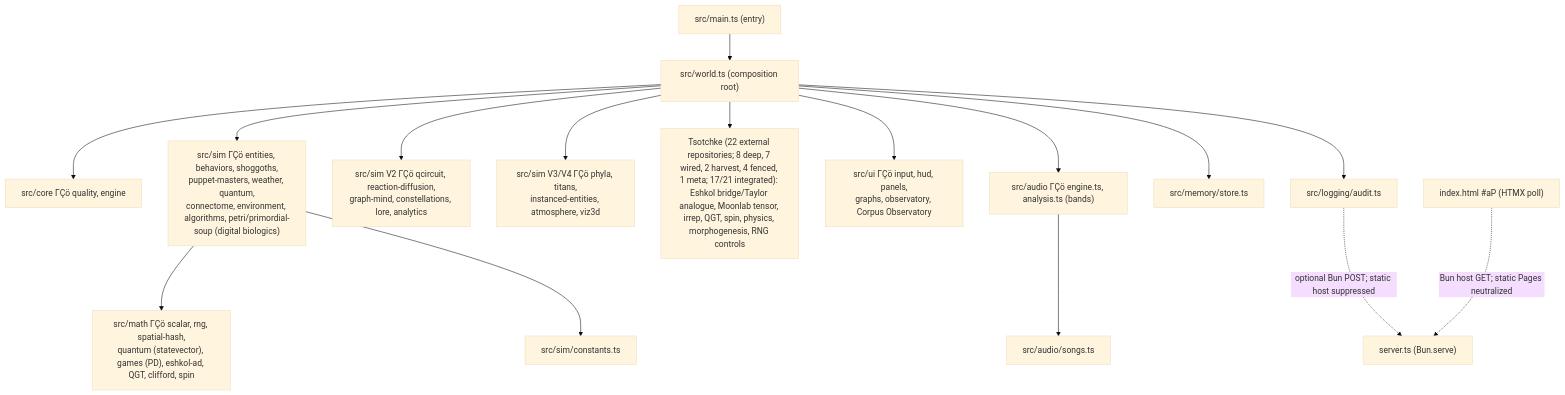
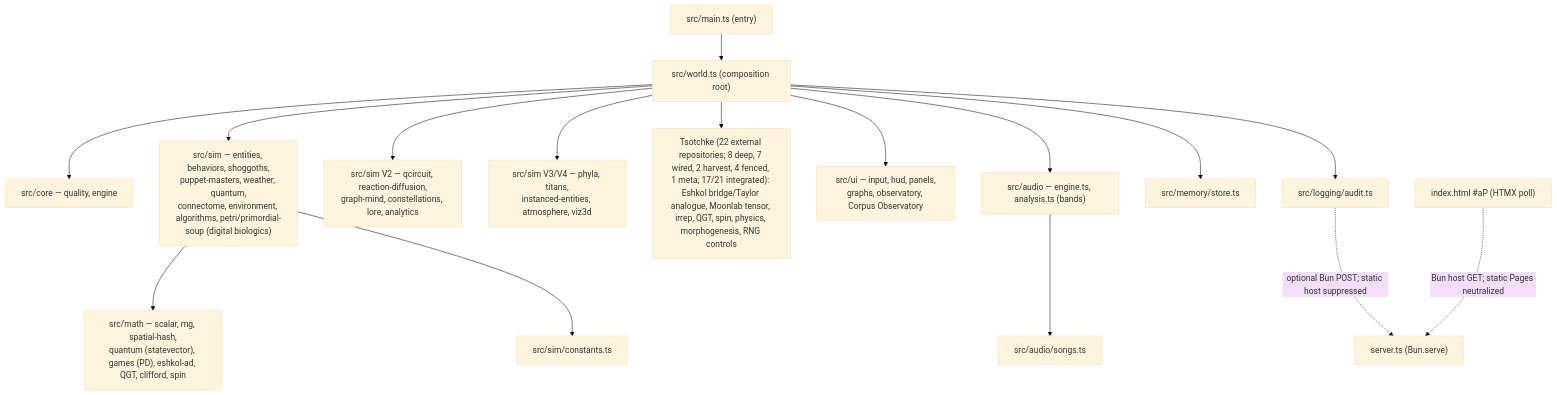
One commit to 0thernes/cosmogonic-quantum-mechalogodrom changed the diagram in README.md. Above: the diagram before and after it, drawn with Mermaid (base theme). The commit also changed other lines of this file and 5 other files, not shown here.

````diff
--- a/README.md
+++ b/README.md
@@ -590,18 +590,18 @@
 ```mermaid
 graph TD
   main["src/main.ts (entry)"] --> world["src/world.ts (composition root)"]
-  world --> core["src/core ΓÇö quality, engine"]
-  world --> sim["src/sim ΓÇö entities, behaviors, shoggoths,\npuppet-masters, weather, quantum,\nconnectome, environment, algorithms, petri/primordial-soup (digital biologics)"]
-  world --> v2["src/sim V2 ΓÇö qcircuit, reaction-diffusion,\ngraph-mind, constellations, lore, analytics"]
-  world --> v34["src/sim V3/V4 ΓÇö phyla, titans,\ninstanced-entities, atmosphere, viz3d"]
+  world --> core["src/core — quality, engine"]
+  world --> sim["src/sim — entities, behaviors, shoggoths,\npuppet-masters, weather, quantum,\nconnectome, environment, algorithms, petri/primordial-soup (digital biologics)"]
+  world --> v2["src/sim V2 — qcircuit, reaction-diffusion,\ngraph-mind, constellations, lore, analytics"]
+  world --> v34["src/sim V3/V4 — phyla, titans,\ninstanced-entities, atmosphere, viz3d"]
   world --> tsotchke["Tsotchke (22 external repositories; 8 deep, 7 wired, 2 harvest, 4 fenced, 1 meta; 17/21 integrated): Eshkol bridge/Taylor analogue, Moonlab tensor, irrep, QGT, spin, physics, morphogenesis, RNG controls"]
-  world --> ui["src/ui ΓÇö input, hud, panels,\ngraphs, observatory, Corpus Observatory"]
-  world --> audio["src/audio ΓÇö engine.ts, analysis.ts (bands)"]
+  world --> ui["src/ui — input, hud, panels,\ngraphs, observatory, Corpus Observatory"]
+  world --> audio["src/audio — engine.ts, analysis.ts (bands)"]
   world --> mem["src/memory/store.ts"]
   world --> audit["src/logging/audit.ts"]
-  sim --> math["src/math ΓÇö scalar, rng, spatial-hash,\nquantum (statevector), games (PD), eshkol-ad, QGT, clifford, spin"]
+  sim --> math["src/math — scalar, rng, spatial-hash,\nquantum (statevector), games (PD), eshkol-ad, QGT, clifford, spin"]
   sim --> constants["src/sim/constants.ts"]
   audio --> songs["src/audio/songs.ts"]
   audit -. "optional Bun POST; static host suppressed" .-> server["server.ts (Bun.serve)"]
   htmx["index.html #aP (HTMX poll)"] -. "Bun host GET; static Pages neutralized" .-> server
 ```
````
